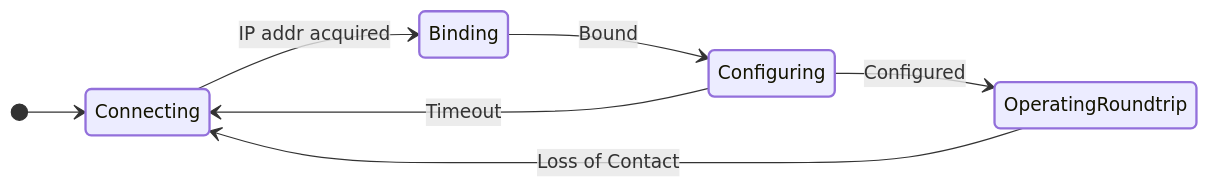
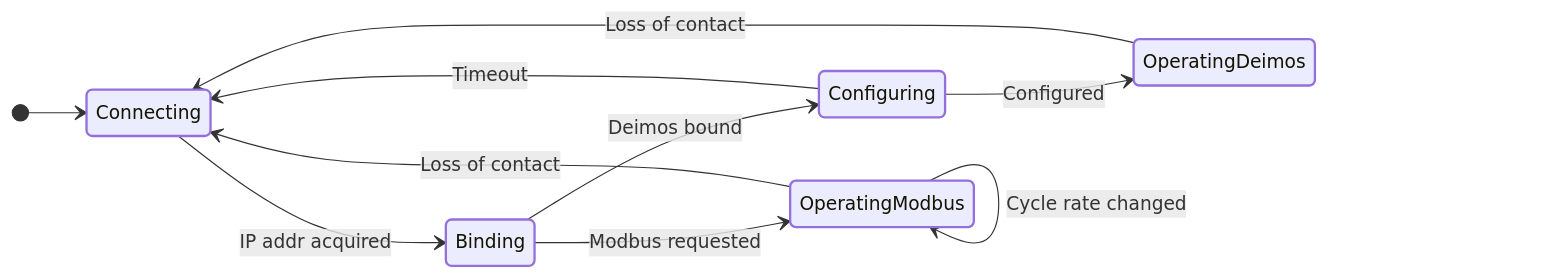
Before and after one commit to deimoscontrols/deimos: the first of 2 diagrams in software/deimos_website/docs/system.md, drawn with Mermaid. The commit also changed other lines of this file and 221 other files, not shown here.

````diff
--- a/software/deimos_website/docs/system.md
+++ b/software/deimos_website/docs/system.md
@@ -19,15 +19,18 @@
 ```mermaid
 
 stateDiagram-v2
     direction LR
 
     classDef a stroke-width:2px
 
     [*] --> Connecting:::a
     Connecting --> Binding:::a : IP addr acquired
-    Binding --> Configuring:::a : Bound
-    Configuring --> OperatingRoundtrip:::a : Configured
+    Binding --> Configuring:::a : Deimos bound
+    Binding --> OperatingModbus:::a : Modbus requested
+    Configuring --> OperatingDeimos:::a : Configured
     Configuring --> Connecting : Timeout
-    OperatingRoundtrip --> Connecting : Loss of Contact
+    OperatingDeimos --> Connecting : Loss of contact
+    OperatingModbus --> Connecting : Loss of contact
+    OperatingModbus --> OperatingModbus : Cycle rate changed
 
 ```
````
